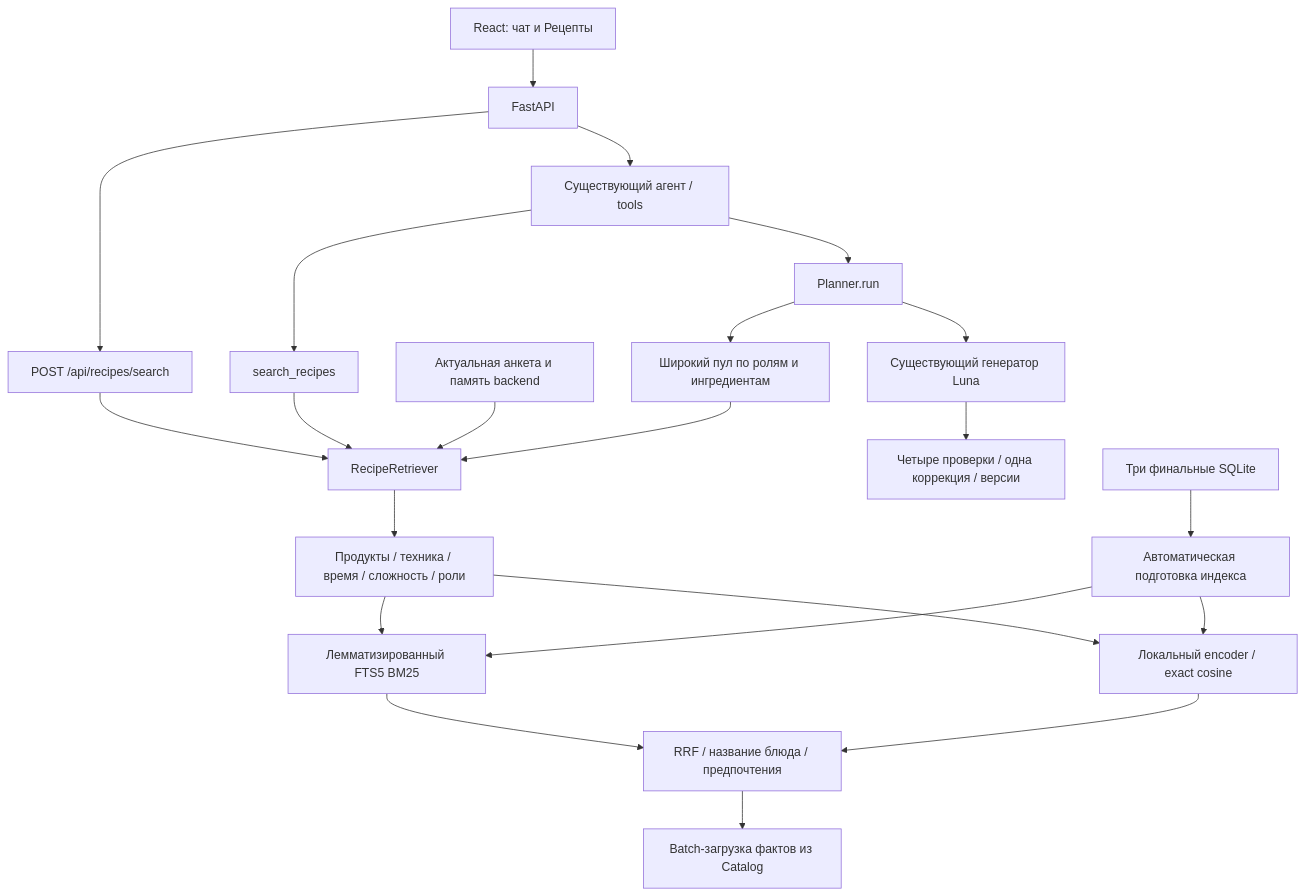
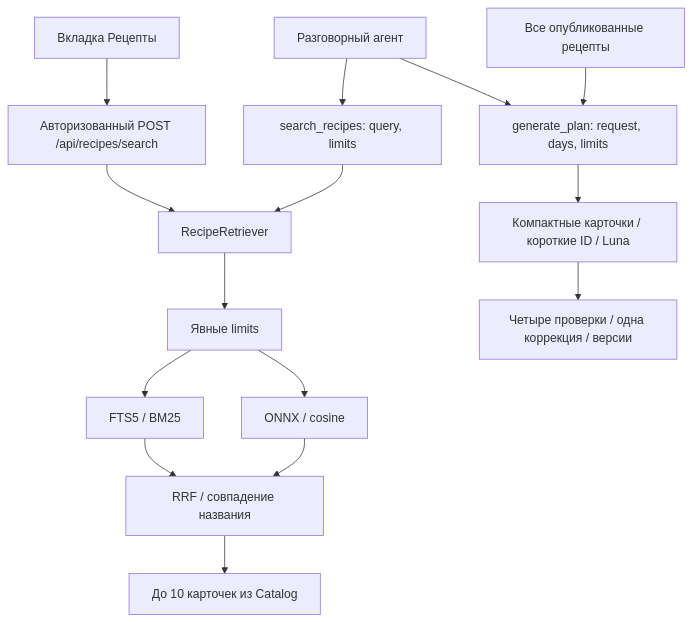
The diagram in docs/technical/recipe-rag.md (iagurev/hse_agents_foodtech_project), drawn with Mermaid before and after one commit. The commit also changed other lines of this file and 97 other files, not shown here.

````diff
--- a/docs/technical/recipe-rag.md
+++ b/docs/technical/recipe-rag.md
@@ -16,24 +12,17 @@
 ```mermaid
 flowchart TD
-    UI[React: чат и Рецепты] --> API[FastAPI]
-    API --> Search[POST /api/recipes/search]
-    API --> Agent[Существующий агент / tools]
-    Agent --> Tool[search_recipes]
-    Search --> RAG[RecipeRetriever]
+    UI[Вкладка Рецепты] --> API[Авторизованный POST /api/recipes/search]
+    Agent[Разговорный агент] --> Tool[search_recipes: query, limits]
+    API --> RAG[RecipeRetriever]
     Tool --> RAG
-    Person[Актуальная анкета и память backend] --> RAG
-    RAG --> Filter[Продукты / техника / время / сложность / роли]
-    Filter --> FTS[Лемматизированный FTS5 BM25]
-    Filter --> Dense[Локальный encoder / exact cosine]
-    FTS --> Rank[RRF / название блюда / предпочтения]
+    RAG --> Filter[Явные limits]
+    Filter --> FTS[FTS5 / BM25]
+    Filter --> Dense[ONNX / cosine]
+    FTS --> Rank[RRF / совпадение названия]
     Dense --> Rank
-    Rank --> Catalog[Batch-загрузка фактов из Catalog]
-    Agent --> Planner[Planner.run]
-    Planner --> Pool[Широкий пул по ролям и ингредиентам]
-    Pool --> RAG
-    Planner --> LLM[Существующий генератор Luna]
+    Rank --> Cards[До 10 карточек из Catalog]
+    Agent --> Planner[generate_plan: request, days, limits]
+    Catalog[Все опубликованные рецепты] --> Planner
+    Planner --> LLM[Компактные карточки / короткие ID / Luna]
     LLM --> Save[Четыре проверки / одна коррекция / версии]
-    DB[Три финальные SQLite] --> Build[Автоматическая подготовка индекса]
-    Build --> FTS
-    Build --> Dense
 ```
````
